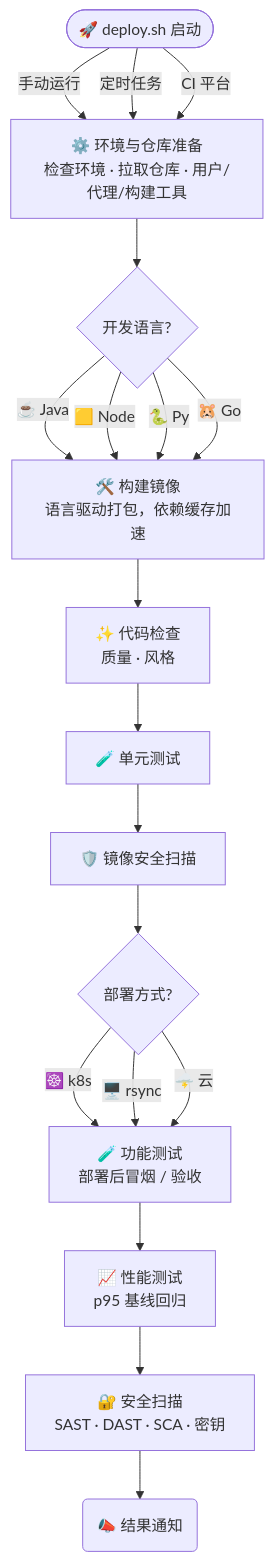
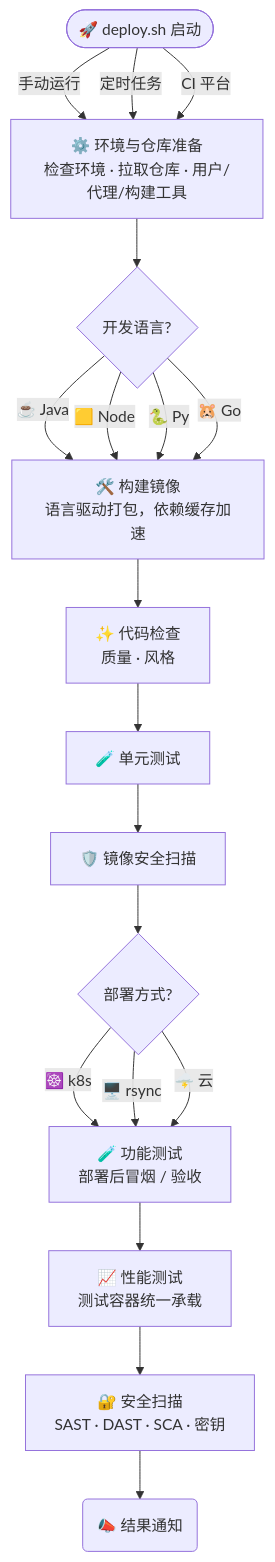
The diagram in docs/intro.md (xiagw/deploy.sh), drawn with Mermaid before and after one commit. The commit also changed other lines of this file and 15 other files, not shown here.

````diff
--- a/docs/intro.md
+++ b/docs/intro.md
@@ -92,27 +92,27 @@
 ```mermaid
 flowchart TD
   S(["🚀 deploy.sh 启动"]) -->|手动运行| Env
   S -->|定时任务| Env
   S -->|CI 平台| Env
   Env["⚙️ 环境与仓库准备<br/>检查环境 · 拉取仓库 · 用户/代理/构建工具"]
 
   Env --> Q{"开发语言?"}
   Q -->|☕ Java| B
   Q -->|🟨 Node| B
   Q -->|🐍 Py| B
   Q -->|🐹 Go| B
   B["🛠️ 构建镜像<br/>语言驱动打包，依赖缓存加速"]
 
   B --> C["✨ 代码检查<br/>质量 · 风格"]
   C --> T["🧪 单元测试"]
   T --> IMG["🛡️ 镜像安全扫描"]
   IMG --> D{"部署方式?"}
   D -->|☸️ k8s| F
   D -->|🖥️ rsync| F
   D -->|🌩️ 云| F
 
   F["🧪 功能测试<br/>部署后冒烟 / 验收"]
-  F --> P["📈 性能测试<br/>p95 基线回归"]
+  F --> P["📈 性能测试<br/>测试容器统一承载"]
   P --> SEC["🔐 安全扫描<br/>SAST · DAST · SCA · 密钥"]
   SEC --> N("📣 结果通知")
 ```
````
